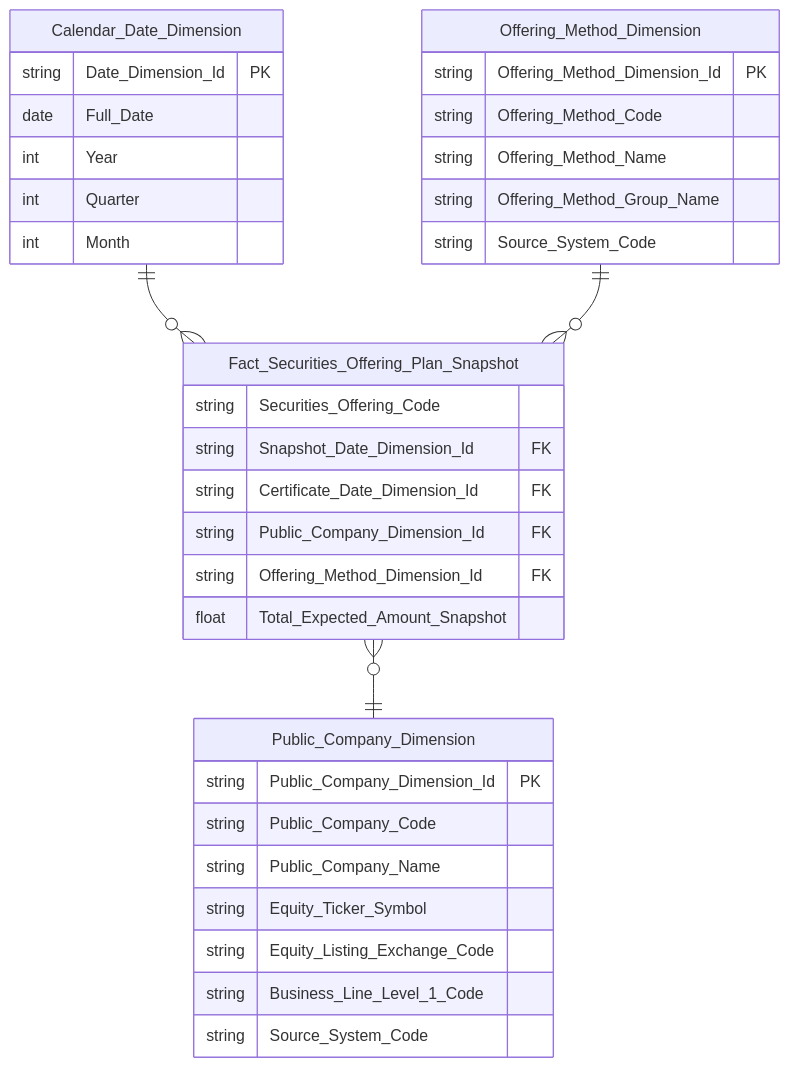
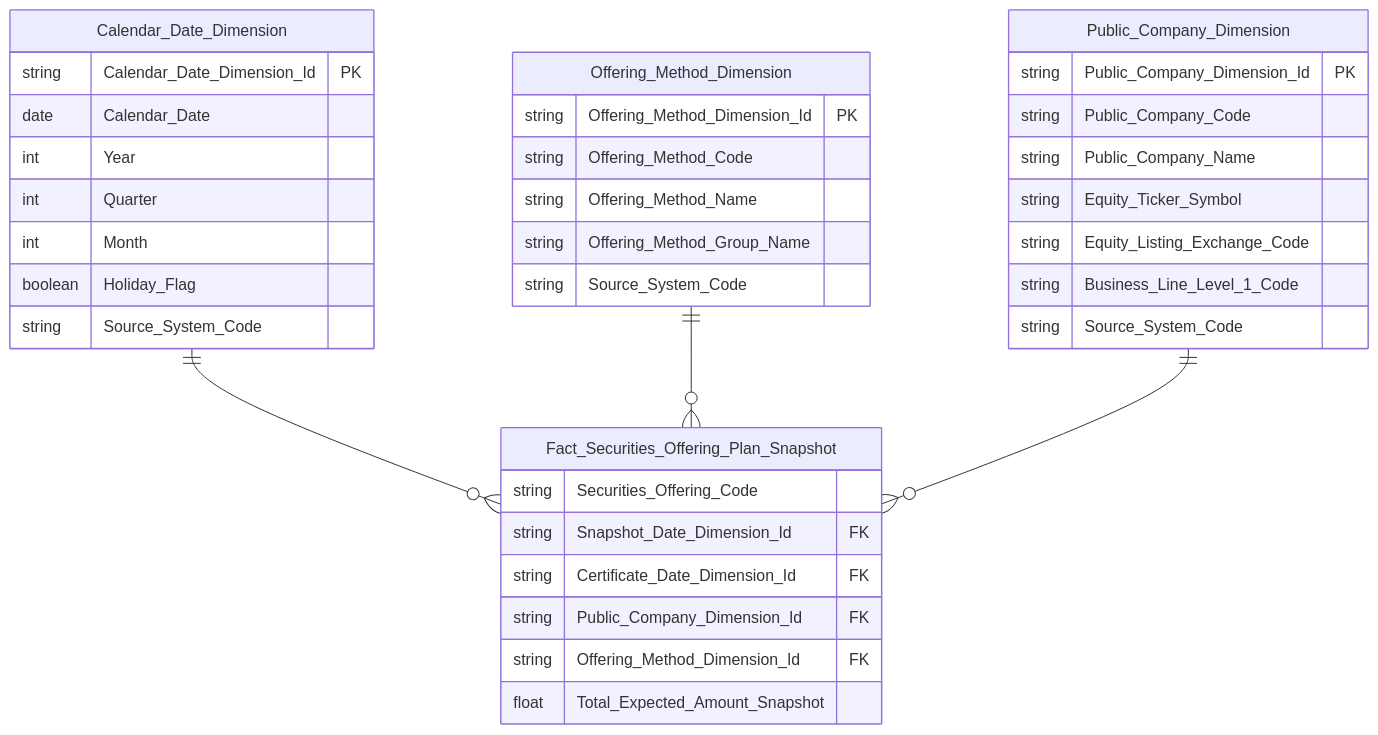
One commit to linhlvit/ubck_atomic_design changed the eighth of 22 diagrams in Datamart/hld/DTM_QLCB_HLD.md. Above: the diagram before and after it, drawn with Mermaid. The commit also changed other lines of this file and 13 other files, not shown here.

````diff
--- a/Datamart/hld/DTM_QLCB_HLD.md
+++ b/Datamart/hld/DTM_QLCB_HLD.md
@@ -400,38 +428,40 @@
 ```mermaid
 erDiagram
     Calendar_Date_Dimension {
-        string Date_Dimension_Id PK
-        date Full_Date
+        string Calendar_Date_Dimension_Id PK
+        date Calendar_Date
         int Year
         int Quarter
         int Month
+        boolean Holiday_Flag
+        string Source_System_Code
     }
     Offering_Method_Dimension {
         string Offering_Method_Dimension_Id PK
         string Offering_Method_Code
         string Offering_Method_Name
         string Offering_Method_Group_Name
         string Source_System_Code
     }
     Public_Company_Dimension {
         string Public_Company_Dimension_Id PK
         string Public_Company_Code
         string Public_Company_Name
         string Equity_Ticker_Symbol
         string Equity_Listing_Exchange_Code
         string Business_Line_Level_1_Code
         string Source_System_Code
     }
     Fact_Securities_Offering_Plan_Snapshot {
         string Securities_Offering_Code
         string Snapshot_Date_Dimension_Id FK
         string Certificate_Date_Dimension_Id FK
         string Public_Company_Dimension_Id FK
         string Offering_Method_Dimension_Id FK
         float Total_Expected_Amount_Snapshot
     }
 
     Calendar_Date_Dimension ||--o{ Fact_Securities_Offering_Plan_Snapshot : " "
     Offering_Method_Dimension ||--o{ Fact_Securities_Offering_Plan_Snapshot : " "
-    Fact_Securities_Offering_Plan_Snapshot }o--|| Public_Company_Dimension : " "
+    Public_Company_Dimension ||--o{ Fact_Securities_Offering_Plan_Snapshot : " "
 ```
````
